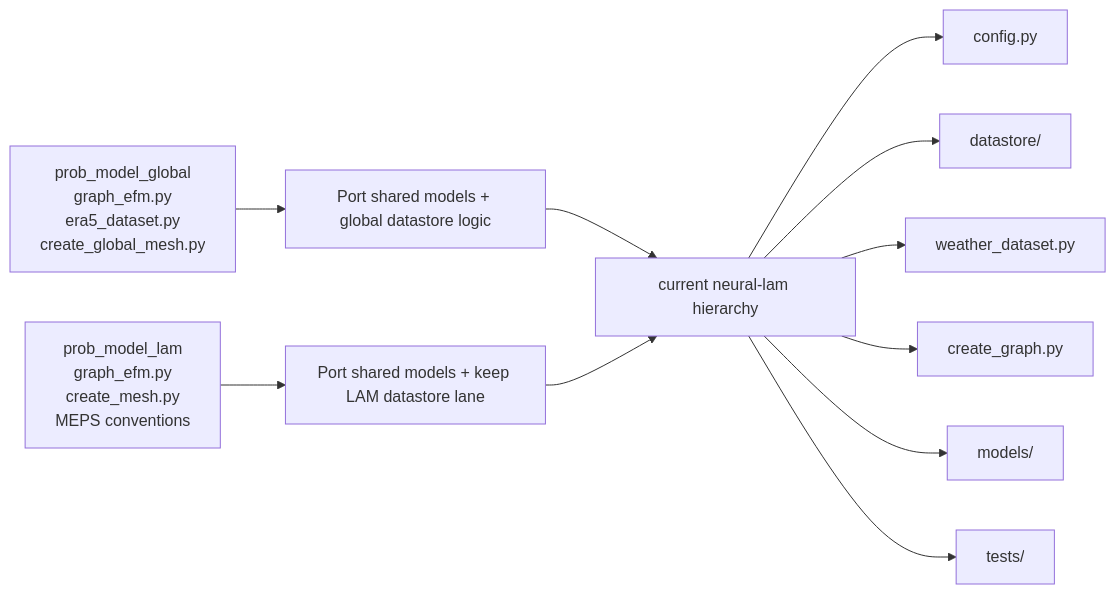
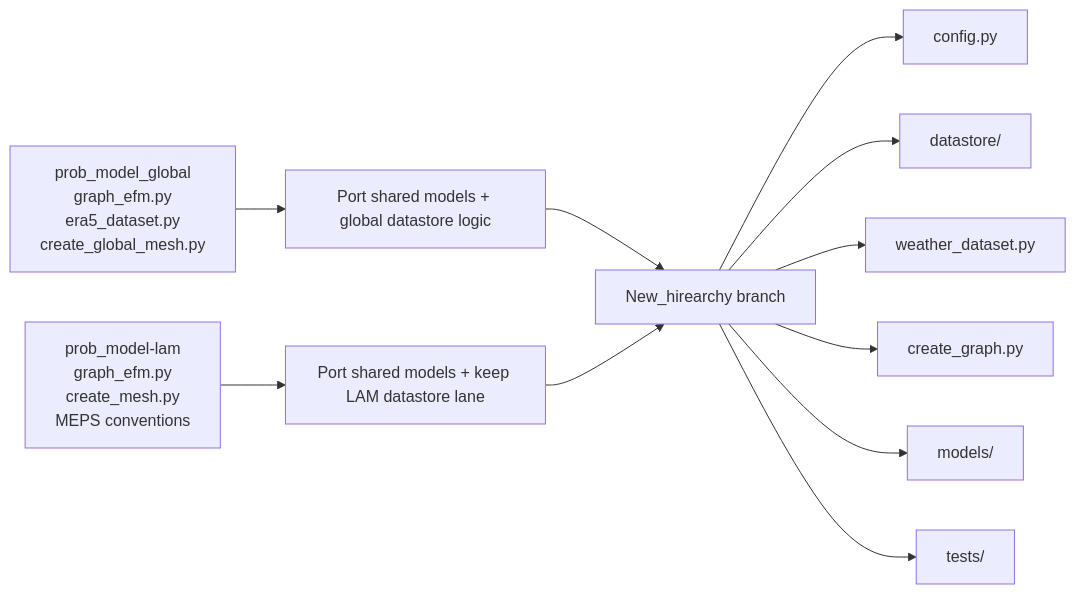
One commit to Milan933-coder/neural-lam_proposal changed the first of 2 diagrams in README.md. Above: the diagram before and after it, drawn with Mermaid. The commit also changed other lines of this file, not shown here.

First line of the commit message:
Revise README for New_hirearchy branch integration

````diff
--- a/README.md
+++ b/README.md
@@ -231,22 +231,22 @@
 ```mermaid
 flowchart LR
     A["prob_model_global
     graph_efm.py
     era5_dataset.py
     create_global_mesh.py"] --> C["Port shared models + global datastore logic"]
 
-    B["prob_model_lam
+    B["prob_model-lam
     graph_efm.py
     create_mesh.py
     MEPS conventions"] --> D["Port shared models + keep LAM datastore lane"]
 
-    C --> E["current neural-lam hierarchy"]
+    C --> E["New_hirearchy branch"]
     D --> E
 
     E --> F["config.py"]
     E --> G["datastore/"]
     E --> H["weather_dataset.py"]
     E --> I["create_graph.py"]
     E --> J["models/"]
     E --> K["tests/"]
 ```
````
